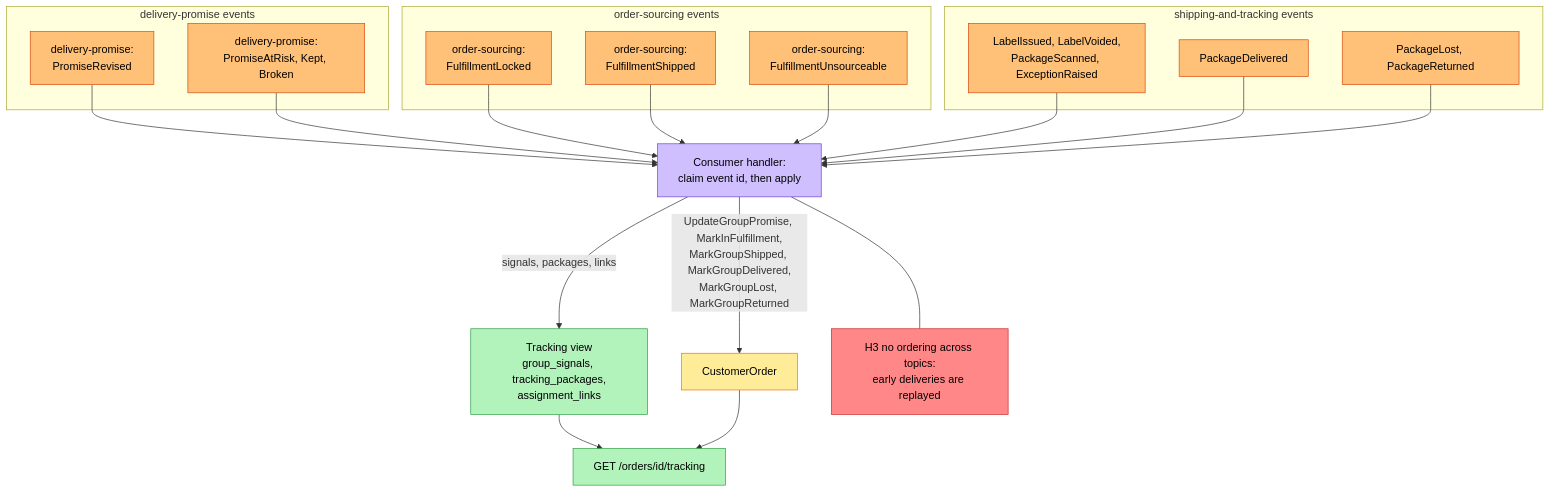
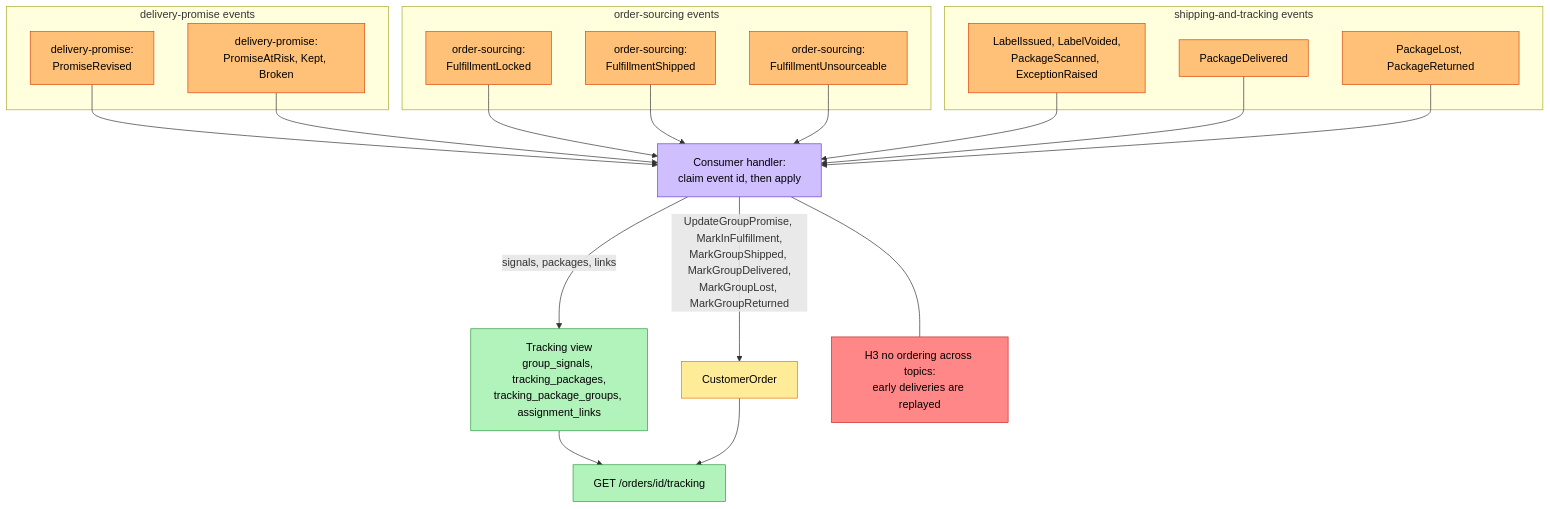
Before and after one commit to IQVO/customer-ordering: the second of 3 diagrams in docs/docs/ddd/eventstorming.md, drawn with Mermaid. The commit also changed 9 other files, not shown here.

Commit message:
docs,test: shared tracking numbers in the event docs, the ER diagram and an end-to-end test (ADR 0012)

````diff
--- a/docs/docs/ddd/eventstorming.md
+++ b/docs/docs/ddd/eventstorming.md
@@ -77,42 +77,42 @@
 ```mermaid
 flowchart TB
     subgraph PR["delivery-promise events"]
       DE1["delivery-promise:<br/>PromiseRevised"]:::event
       DE2["delivery-promise:<br/>PromiseAtRisk, Kept, Broken"]:::event
     end
     subgraph SO["order-sourcing events"]
       SE1["order-sourcing:<br/>FulfillmentLocked"]:::event
       SE2["order-sourcing:<br/>FulfillmentShipped"]:::event
       SE3["order-sourcing:<br/>FulfillmentUnsourceable"]:::event
     end
     subgraph SH["shipping-and-tracking events"]
       TE1["LabelIssued, LabelVoided,<br/>PackageScanned, ExceptionRaised"]:::event
       TE2["PackageDelivered"]:::event
       TE3["PackageLost, PackageReturned"]:::event
     end
     P0["Consumer handler:<br/>claim event id, then apply"]:::policy
     G["CustomerOrder"]:::aggregate
-    V["Tracking view<br/>group_signals, tracking_packages,<br/>assignment_links"]:::readmodel
+    V["Tracking view<br/>group_signals, tracking_packages,<br/>tracking_package_groups, assignment_links"]:::readmodel
     Q1["GET /orders/id/tracking"]:::readmodel
     H3["H3 no ordering across topics:<br/>early deliveries are replayed"]:::hotspot
 
     DE1 --> P0
     DE2 --> P0
     SE1 --> P0
     SE2 --> P0
     SE3 --> P0
     TE1 --> P0
     TE2 --> P0
     TE3 --> P0
     P0 -->|"UpdateGroupPromise, MarkInFulfillment,<br/>MarkGroupShipped, MarkGroupDelivered,<br/>MarkGroupLost, MarkGroupReturned"| G
     P0 -->|"signals, packages, links"| V
     V --> Q1
     G --> Q1
     P0 --- H3
 
     classDef event fill:#ffc078,stroke:#d9480f,color:#000
     classDef policy fill:#d0bfff,stroke:#6741d9,color:#000
     classDef aggregate fill:#ffec99,stroke:#e67700,color:#000
     classDef readmodel fill:#b2f2bb,stroke:#2f9e44,color:#000
     classDef hotspot fill:#ff8787,stroke:#c92a2a,color:#000
 ```
````
